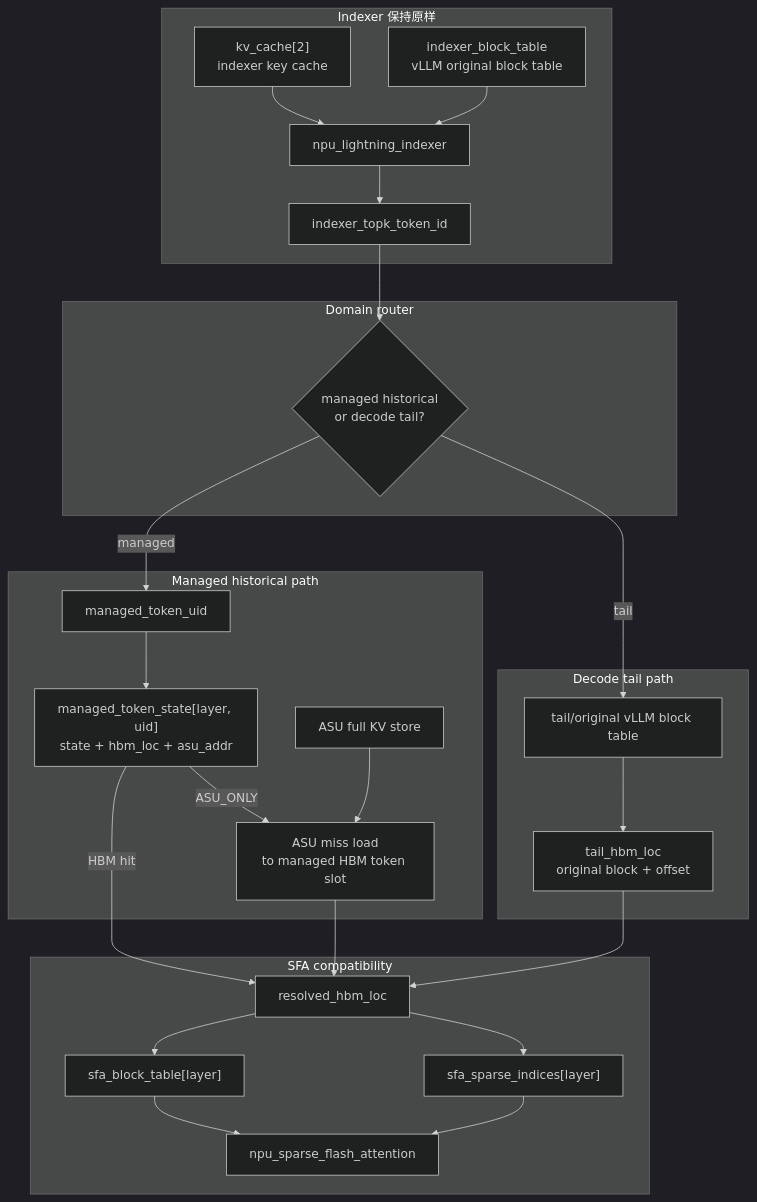
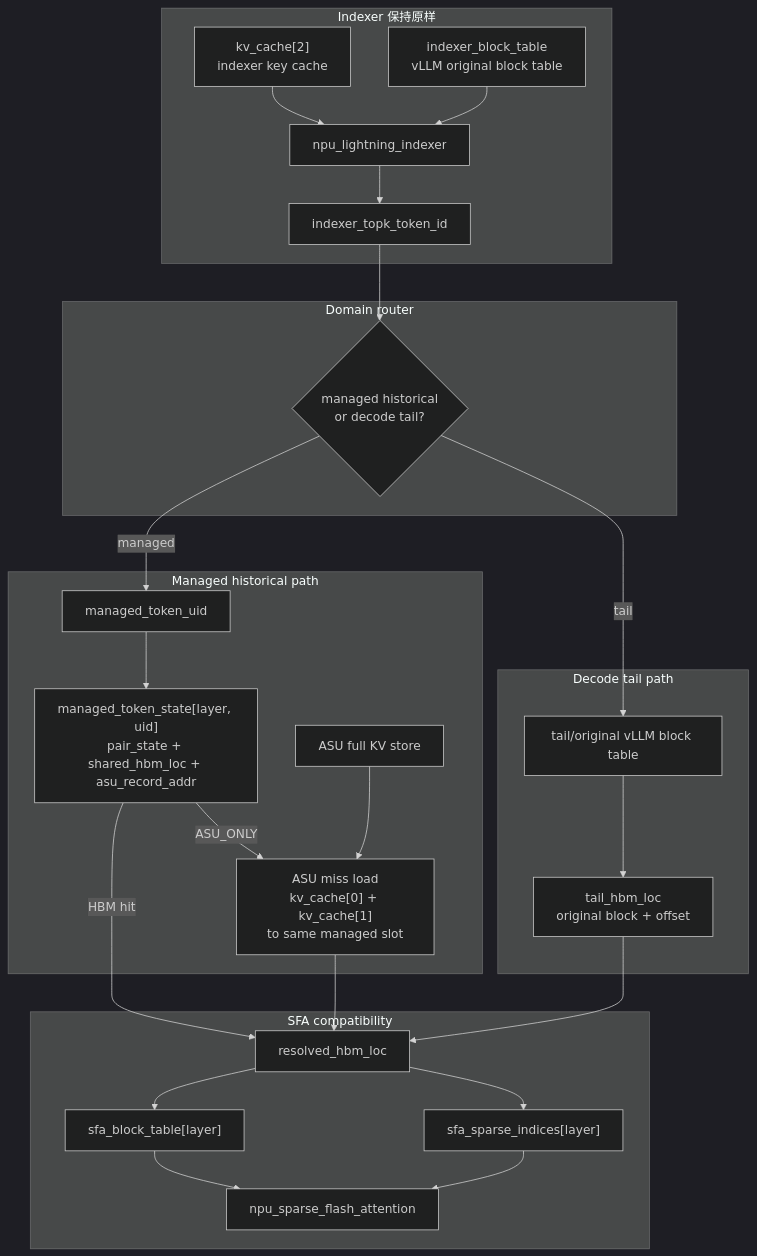
One commit to ykfnxx/ASU-Ascend changed the first of 6 diagrams in docs/draft/2026-06-02-npu-hbm-kvcache-management-draft.md. Above: the diagram before and after it, drawn with Mermaid (dark theme). The commit also changed other lines of this file, not shown here.

Commit message:
Document DSA KV cache pair mapping

````diff
--- a/docs/draft/2026-06-02-npu-hbm-kvcache-management-draft.md
+++ b/docs/draft/2026-06-02-npu-hbm-kvcache-management-draft.md
@@ -179,50 +229,50 @@
 ```mermaid
 flowchart TB
     subgraph I["Indexer 保持原样"]
         K2["kv_cache[2]<br/>indexer key cache"]
         IBT["indexer_block_table<br/>vLLM original block table"]
         IDX["npu_lightning_indexer"]
         TOPK["indexer_topk_token_id"]
     end
 
     subgraph R["Domain router"]
         DOM{"managed historical<br/>or decode tail?"}
     end
 
     subgraph M["Managed historical path"]
         UID["managed_token_uid"]
-        STATE["managed_token_state[layer, uid]<br/>state + hbm_loc + asu_addr"]
+        STATE["managed_token_state[layer, uid]<br/>pair_state + shared_hbm_loc + asu_record_addr"]
         ASU["ASU full KV store"]
-        LOAD["ASU miss load<br/>to managed HBM token slot"]
+        LOAD["ASU miss load<br/>kv_cache[0] + kv_cache[1]<br/>to same managed slot"]
     end
 
     subgraph TAIL["Decode tail path"]
         TBT["tail/original vLLM block table"]
         TLOC["tail_hbm_loc<br/>original block + offset"]
     end
 
     subgraph S["SFA compatibility"]
         LOC["resolved_hbm_loc"]
         SBT["sfa_block_table[layer]"]
         SID["sfa_sparse_indices[layer]"]
         SFA["npu_sparse_flash_attention"]
     end
 
     K2 --> IDX
     IBT --> IDX
     IDX --> TOPK
     TOPK --> DOM
     DOM -- "managed" --> UID
     UID --> STATE
     STATE -- "HBM hit" --> LOC
     STATE -- "ASU_ONLY" --> LOAD
     ASU --> LOAD
     LOAD --> LOC
     DOM -- "tail" --> TBT
     TBT --> TLOC
     TLOC --> LOC
     LOC --> SBT
     LOC --> SID
     SBT --> SFA
     SID --> SFA
 ```
````
